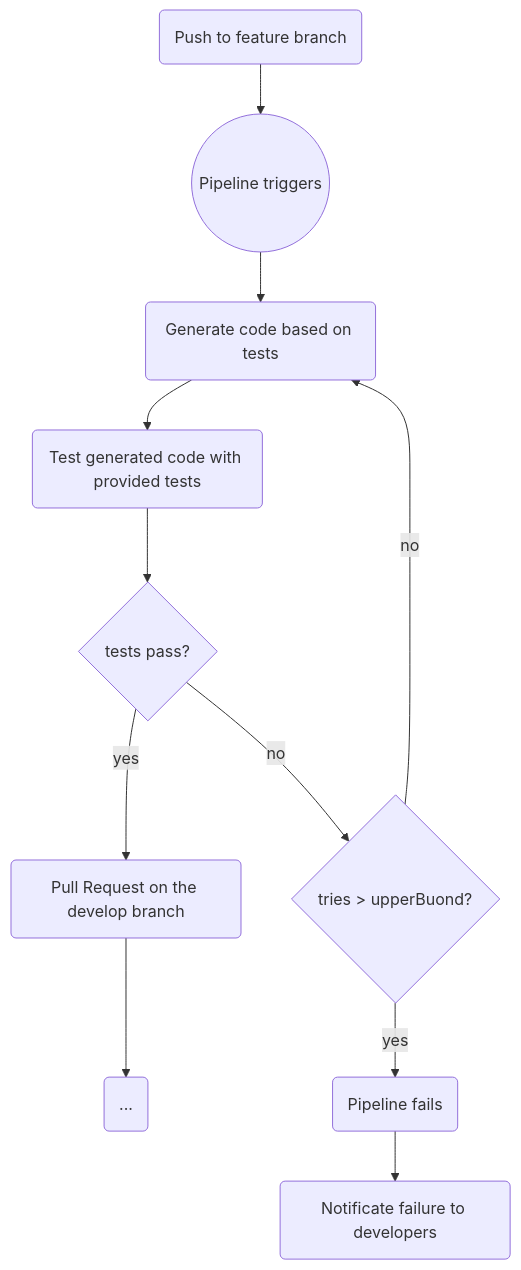
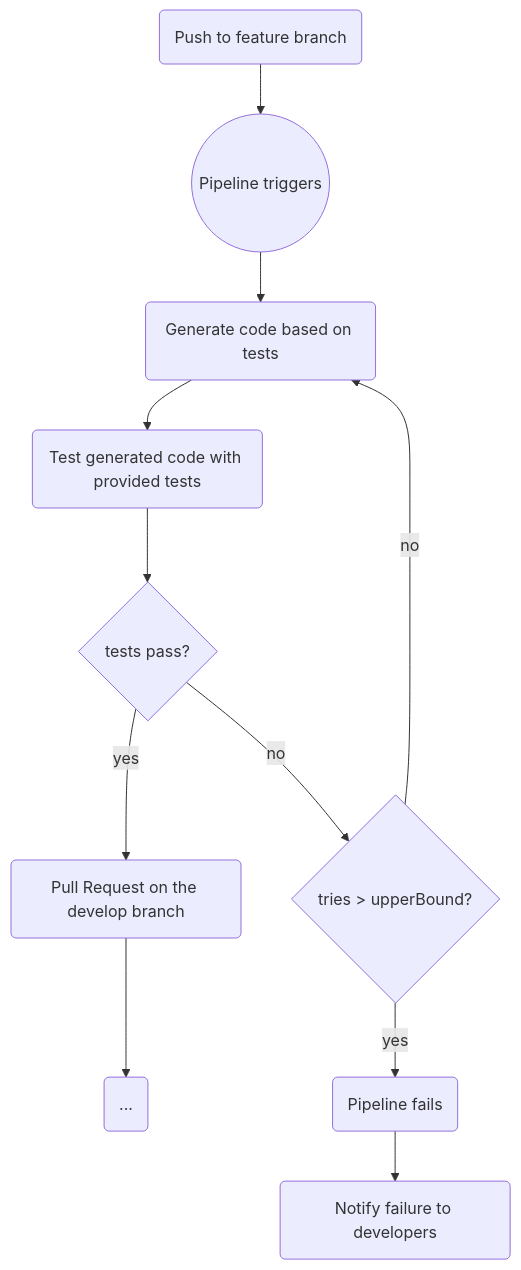
Before and after one commit to FilippoGurioli/test-2-code-llm: the diagram in docs/introduction.md, drawn with Mermaid.

Commit message:
docs: correct typo

````diff
--- a/docs/introduction.md
+++ b/docs/introduction.md
@@ -13,13 +13,13 @@
 ```mermaid
 flowchart TD
     Push(Push to feature branch) --> Trigger((Pipeline triggers))
     Trigger --> CodeGen(Generate code based on tests)
     CodeGen --> Test(Test generated code with provided tests)
     Test --> Check{tests pass?}
     Check -->|yes| PR(Pull Request on the develop branch)
-    Check -->|no| Check2{tries > upperBuond?}
+    Check -->|no| Check2{tries > upperBound?}
     Check2 -->|yes| Fail(Pipeline fails)
-    Fail --> Warning(Notificate failure to developers)
+    Fail --> Warning(Notify failure to developers)
     Check2 -->|no| CodeGen
     PR --> Continue(...)
 ```
````
